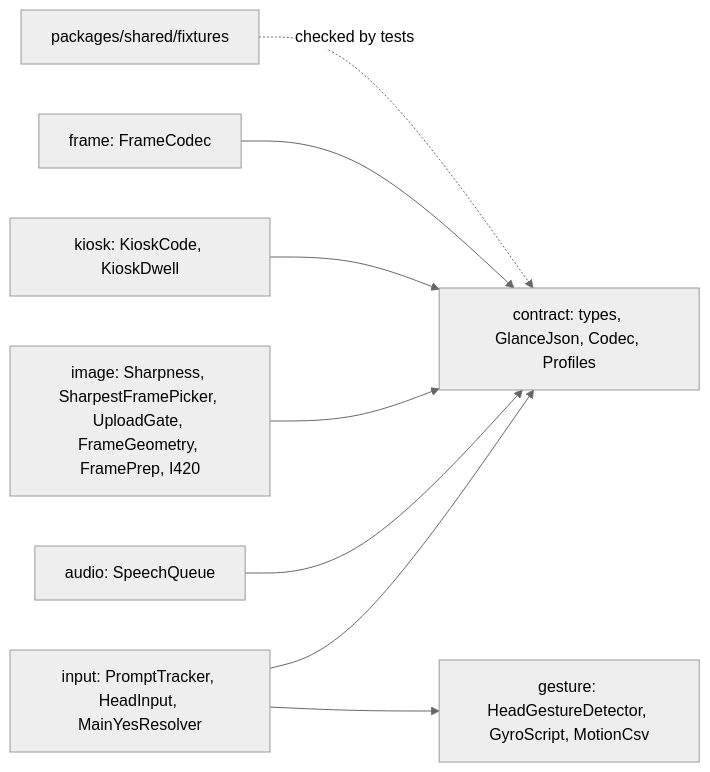
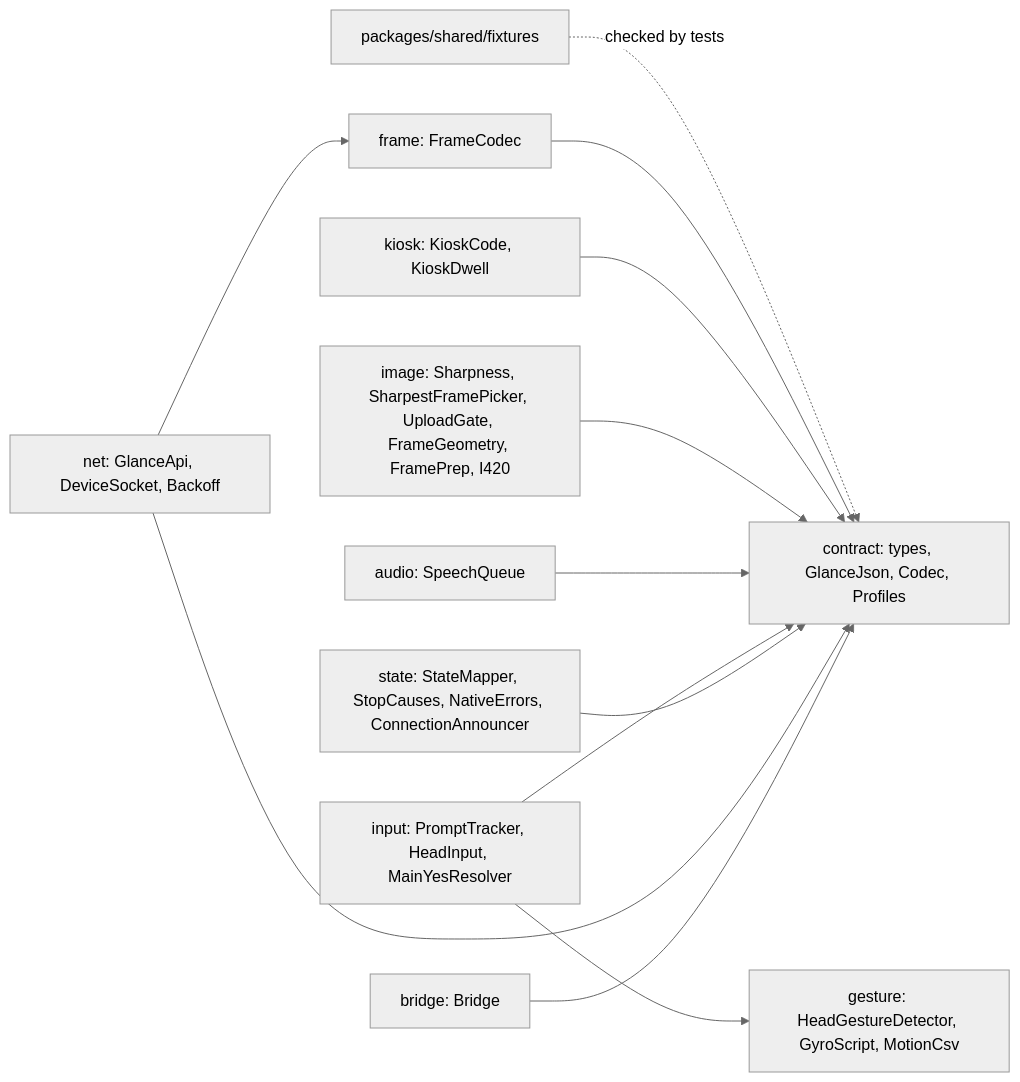
One commit to mrBymax/glance changed the third of 3 diagrams in apps/mobile/android/README.md. Above: the diagram before and after it, drawn with Mermaid (neutral theme). The commit also changed other lines of this file, not shown here.

````diff
--- a/apps/mobile/android/README.md
+++ b/apps/mobile/android/README.md
@@ -40,12 +121,16 @@
 ```mermaid
 flowchart LR
     Fixtures[packages/shared/fixtures] -. checked by tests .-> Contract
     Contract[contract: types, GlanceJson, Codec, Profiles]
     Frame[frame: FrameCodec] --> Contract
     Kiosk[kiosk: KioskCode, KioskDwell] --> Contract
     Image[image: Sharpness, SharpestFramePicker, UploadGate, FrameGeometry, FramePrep, I420] --> Contract
     Gesture[gesture: HeadGestureDetector, GyroScript, MotionCsv]
     Audio[audio: SpeechQueue] --> Contract
     Input[input: PromptTracker, HeadInput, MainYesResolver] --> Contract
     Input --> Gesture
+    State[state: StateMapper, StopCauses, NativeErrors, ConnectionAnnouncer] --> Contract
+    Net[net: GlanceApi, DeviceSocket, Backoff] --> Contract
+    Net --> Frame
+    BridgeText[bridge: Bridge] --> Contract
 ```
````
